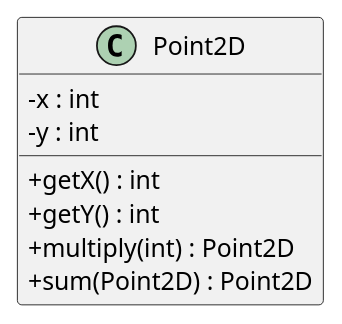
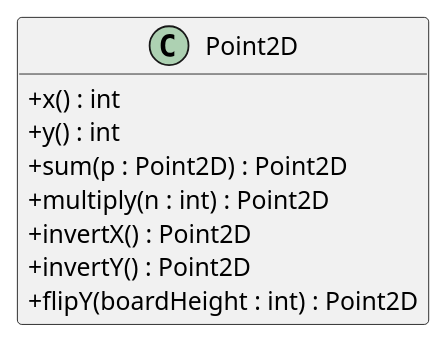
Before and after one commit to Turbo-Chess/Turbo-Chess: the diagram in docs/Point2D.puml, drawn with PlantUML. The commit also changed 3 other files, not shown here.

```diff
--- a/docs/Point2D.puml
+++ b/docs/Point2D.puml
@@ -1,17 +1,17 @@
-@startuml
+@startuml Point2D
 
 skinparam classAttributeIconSize 0
 hide empty fields
 hide empty methods
 
 class Point2D {
-    - x : int
-    - y : int
-
-    + getX() : int
-    + getY() : int
-    + multiply(int) : Point2D
-    + sum(Point2D) : Point2D
+    +x() : int
+    +y() : int
+    +sum(p : Point2D) : Point2D
+    +multiply(n : int) : Point2D
+    +invertX() : Point2D
+    +invertY() : Point2D
+    +flipY(boardHeight : int) : Point2D
 }
 
 @enduml
```
